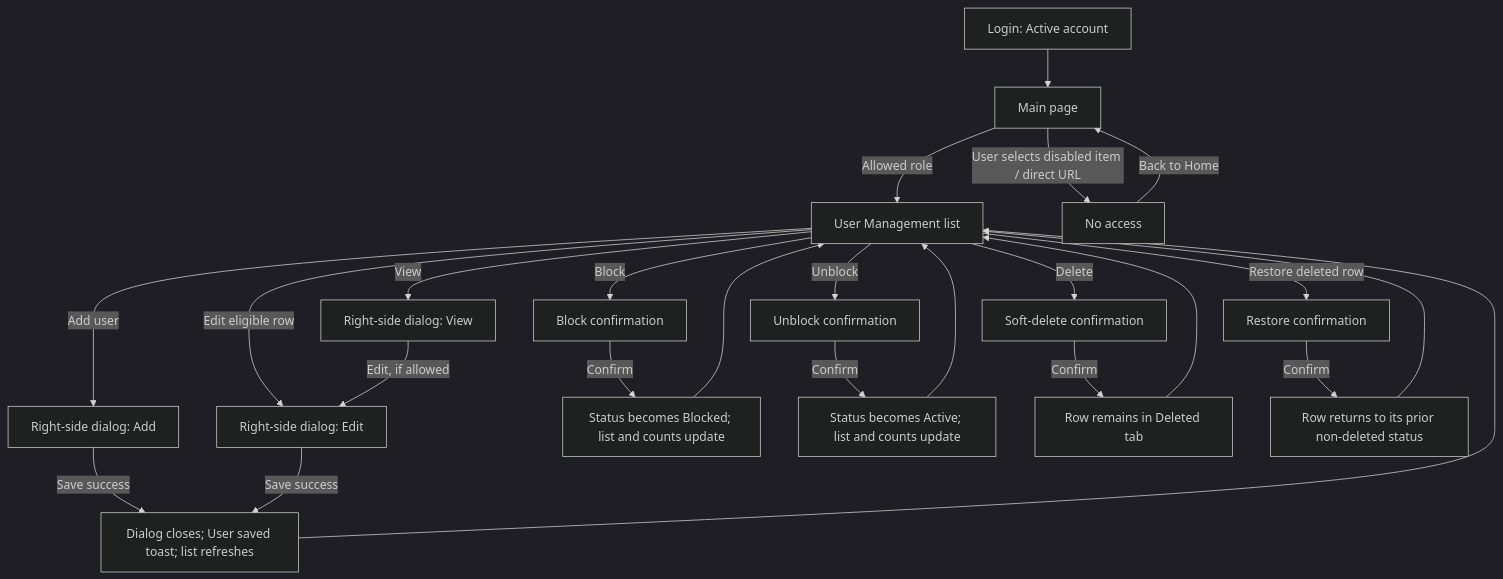
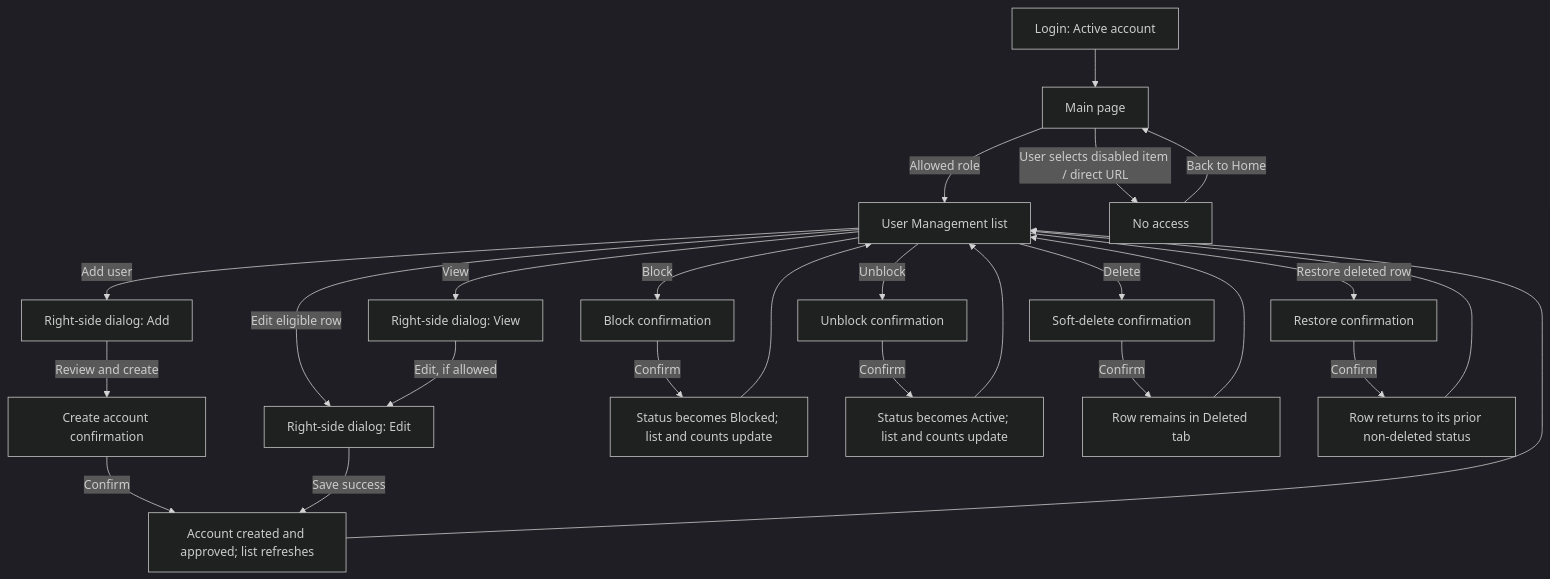
The diagram in docs/task-3-main-and-user-management.md (Yawa16/info_management), drawn with Mermaid (dark theme) before and after one commit. The commit also changed other lines of this file and 1 other file, not shown here.

````diff
--- a/docs/task-3-main-and-user-management.md
+++ b/docs/task-3-main-and-user-management.md
@@ -43,26 +43,27 @@
 ```mermaid
 flowchart TD
   Login[Login: Active account] --> Home[Main page]
   Home -->|Allowed role| List[User Management list]
   Home -->|User selects disabled item / direct URL| NoAccess[No access]
   NoAccess -->|Back to Home| Home
   List -->|View| View[Right-side dialog: View]
   List -->|Add user| Add[Right-side dialog: Add]
   List -->|Edit eligible row| Edit[Right-side dialog: Edit]
   View -->|Edit, if allowed| Edit
-  Add -->|Save success| Updated[Dialog closes; User saved toast; list refreshes]
+  Add -->|Review and create| AddConfirm[Create account confirmation]
+  AddConfirm -->|Confirm| Updated[Account created and approved; list refreshes]
   Edit -->|Save success| Updated
   Updated --> List
   List -->|Block| BlockConfirm[Block confirmation]
   BlockConfirm -->|Confirm| Blocked[Status becomes Blocked; list and counts update]
   Blocked --> List
   List -->|Unblock| UnblockConfirm[Unblock confirmation]
   UnblockConfirm -->|Confirm| Active[Status becomes Active; list and counts update]
   Active --> List
   List -->|Delete| DeleteConfirm[Soft-delete confirmation]
   DeleteConfirm -->|Confirm| Deleted[Row remains in Deleted tab]
   Deleted --> List
   List -->|Restore deleted row| RestoreConfirm[Restore confirmation]
   RestoreConfirm -->|Confirm| Restored[Row returns to its prior non-deleted status]
   Restored --> List
 ```
````
